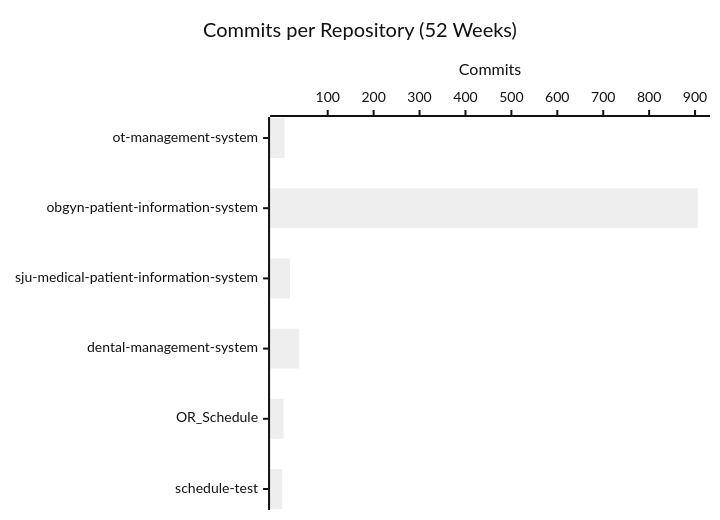
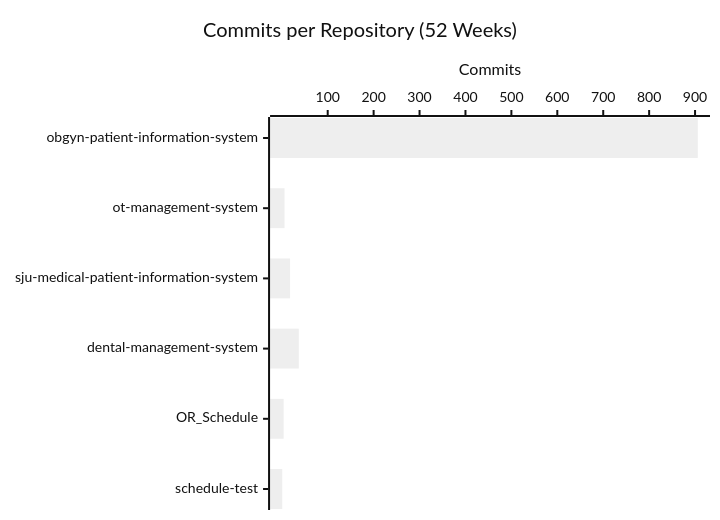
The second of 4 diagrams in profile/README.md (CSTH-Projects/.github), drawn with Mermaid (neutral theme) before and after one commit. The commit also changed other lines of this file, not shown here.

````diff
--- a/profile/README.md
+++ b/profile/README.md
@@ -24,7 +24,7 @@
 ```mermaid
 xychart-beta horizontal
     title "Commits per Repository (52 Weeks)"
-    x-axis ["ot-management-system", "obgyn-patient-information-system", "sju-medical-patient-information-system", "dental-management-system", "OR_Schedule", "schedule-test"]
+    x-axis ["obgyn-patient-information-system", "ot-management-system", "sju-medical-patient-information-system", "dental-management-system", "OR_Schedule", "schedule-test"]
     y-axis "Commits"
-    bar [6, 906, 18, 37, 4, 1]
+    bar [906, 6, 18, 37, 4, 1]
 ```
````
